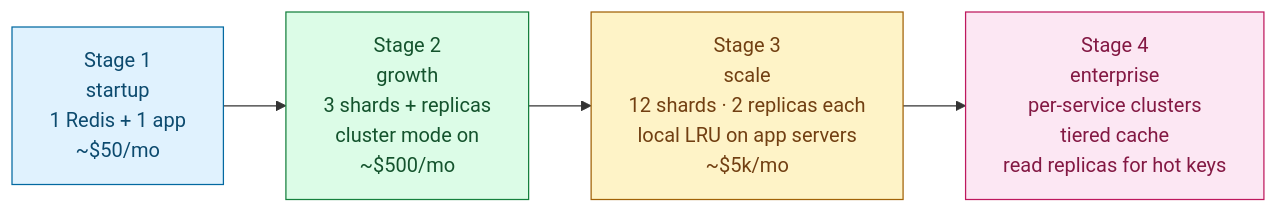
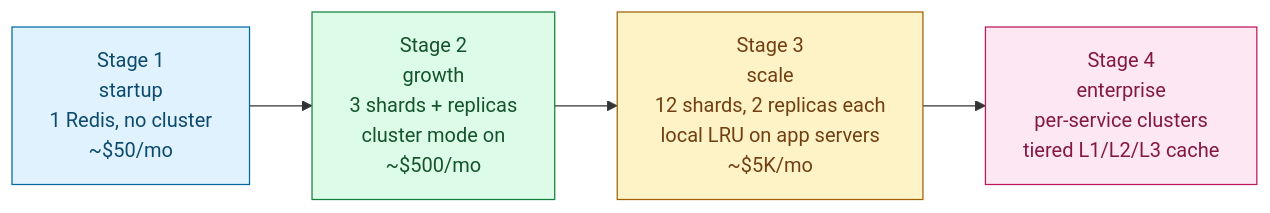
Before and after one commit to shiningflash/system-design: the third of 3 diagrams in problems/009-distributed-cache/solution.md, drawn with Mermaid. The commit also changed other lines of this file and 37 other files, not shown here.

````diff
--- a/problems/009-distributed-cache/solution.md
+++ b/problems/009-distributed-cache/solution.md
@@ -223,14 +219,13 @@
 ```mermaid
 flowchart LR
-    S1["Stage 1<br/>startup<br/>1 Redis + 1 app<br/>~$50/mo"]:::s1
+    S1["Stage 1<br/>startup<br/>1 Redis, no cluster<br/>~$50/mo"]:::s1
     S2["Stage 2<br/>growth<br/>3 shards + replicas<br/>cluster mode on<br/>~$500/mo"]:::s2
-    S3["Stage 3<br/>scale<br/>12 shards · 2 replicas each<br/>local LRU on app servers<br/>~$5k/mo"]:::s3
-    S4["Stage 4<br/>enterprise<br/>per-service clusters<br/>tiered cache<br/>read replicas for hot keys"]:::s4
-
+    S3["Stage 3<br/>scale<br/>12 shards, 2 replicas each<br/>local LRU on app servers<br/>~$5K/mo"]:::s3
+    S4["Stage 4<br/>enterprise<br/>per-service clusters<br/>tiered L1/L2/L3 cache"]:::s4
     S1 --> S2 --> S3 --> S4
 
     classDef s1 fill:#e0f2fe,stroke:#0369a1,color:#0c4a6e
     classDef s2 fill:#dcfce7,stroke:#15803d,color:#14532d
     classDef s3 fill:#fef3c7,stroke:#a16207,color:#713f12
     classDef s4 fill:#fce7f3,stroke:#be185d,color:#831843
 ```
````
